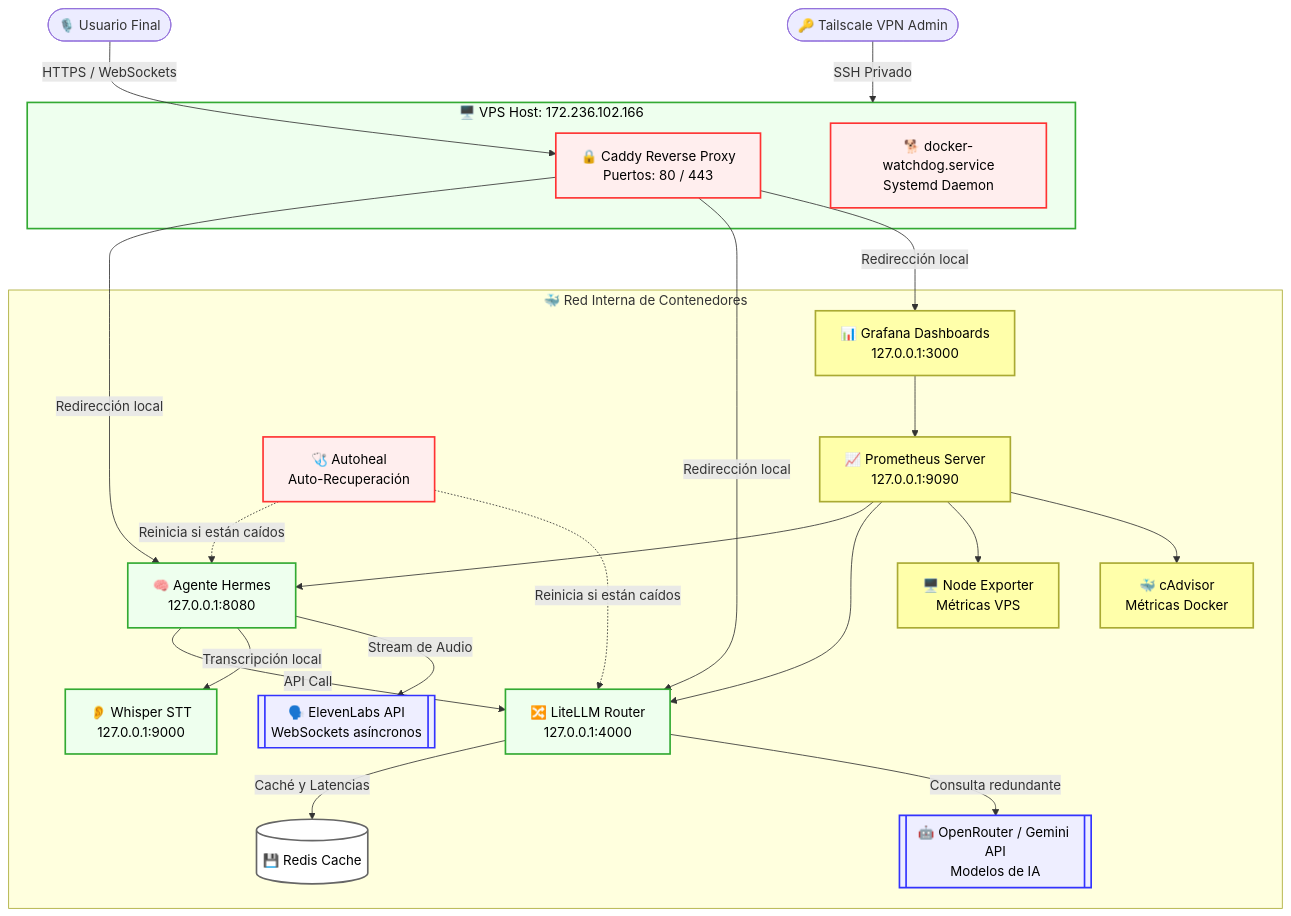
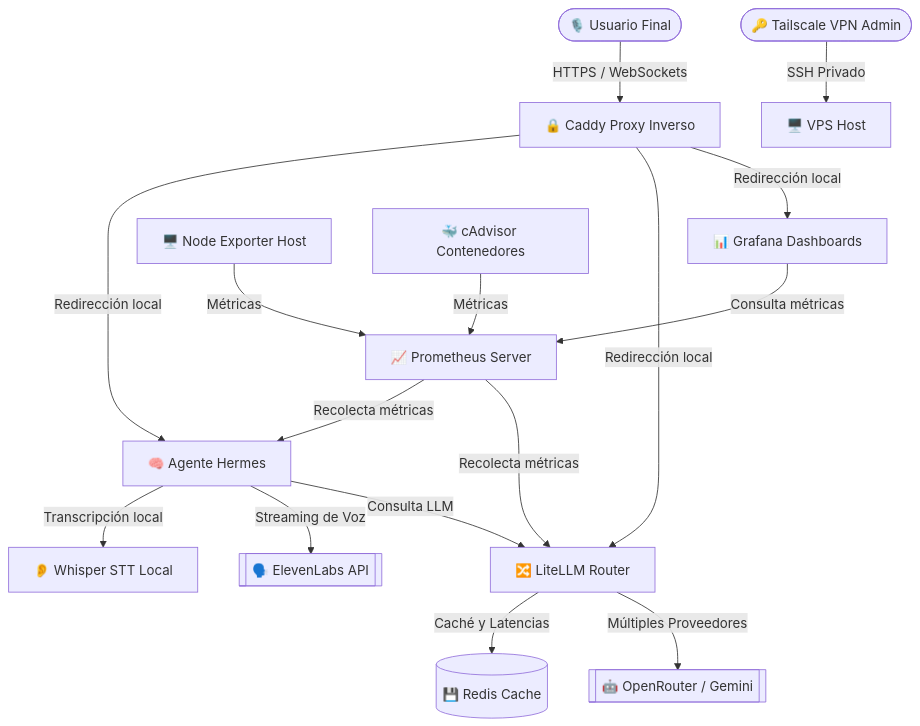
One commit to erikjosehrnndz-crypto/hermes-stack changed the first of 2 diagrams in README.md. Above: the diagram before and after it, drawn with Mermaid. The commit also changed other lines of this file, not shown here.

Commit message:
Docs: Correct flowchart layout and fix absolute local links to repository relative links

````diff
--- a/README.md
+++ b/README.md
@@ -25,57 +25,26 @@
 ```mermaid
-flowchart TB
-    %% Definición de Estilos
-    classDef client fill:#eef,stroke:#33f,stroke-width:2px,color:#000;
-    classDef security fill:#fee,stroke:#f33,stroke-width:2px,color:#000;
-    classDef internal fill:#efe,stroke:#3a3,stroke-width:2px,color:#000;
-    classDef storage fill:#fff,stroke:#666,stroke-width:2px,color:#000;
-    classDef monitoring fill:#ffa,stroke:#aa3,stroke-width:2px,color:#000;
+flowchart TD
+    %% Elementos de Entrada
+    User([🎙️ Usuario Final]) -- HTTPS / WebSockets --> Caddy[🔒 Caddy Proxy Inverso]
+    VPN([🔑 Tailscale VPN Admin]) -- SSH Privado --> Host[🖥️ VPS Host]
 
-    %% Elementos Externos
-    User([🎙️ Usuario Final]) -- HTTPS / WebSockets --> Caddy:::security
-    VPN([🔑 Tailscale VPN Admin]) -- SSH Privado --> Host:::security
+    %% Flujos del Proxy Inverso
+    Caddy -- Redirección local --> Hermes[🧠 Agente Hermes]
+    Caddy -- Redirección local --> LiteLLM[🔀 LiteLLM Router]
+    Caddy -- Redirección local --> Grafana[📊 Grafana Dashboards]
 
-    %% Servidor VPS
-    subgraph Host [🖥️ VPS Host: 172.236.102.166]
-        Caddy[🔒 Caddy Reverse Proxy\nPuertos: 80 / 443]:::security
-        Watchdog[🐕 docker-watchdog.service\nSystemd Daemon]:::security
-    end
+    %% Flujos de Ejecución Core
+    Hermes -- Transcripción local --> Whisper[👂 Whisper STT Local]
+    Hermes -- Streaming de Voz --> ElevenLabs[[🗣️ ElevenLabs API]]
+    Hermes -- Consulta LLM --> LiteLLM
 
-    %% Capa Docker (Redes backend y monitoring)
-    subgraph DockerNet [🐳 Red Interna de Contenedores]
-        %% Servicios Core
-        Hermes[🧠 Agente Hermes\n127.0.0.1:8080]:::internal
-        Whisper[👂 Whisper STT\n127.0.0.1:9000]:::internal
-        LiteLLM[🔀 LiteLLM Router\n127.0.0.1:4000]:::internal
-        Redis[(💾 Redis Cache)]:::storage
-        
-        %% Conexiones Externas de Contenedores
-        ElevenLabs[[🗣️ ElevenLabs API\nWebSockets asíncronos]]:::client
-        LLMProviders[[🤖 OpenRouter / Gemini API\nModelos de IA]]:::client
-        
-        %% Capa de Monitoreo
-        Prometheus[📈 Prometheus Server\n127.0.0.1:9090]:::monitoring
-        Grafana[📊 Grafana Dashboards\n127.0.0.1:3000]:::monitoring
-        cAdvisor[🐳 cAdvisor\nMétricas Docker]:::monitoring
-        NodeExporter[🖥️ Node Exporter\nMétricas VPS]:::monitoring
-        Autoheal[🩺 Autoheal\nAuto-Recuperación]:::security
-    end
+    %% Flujos del Enrutador
+    LiteLLM -- Caché y Latencias --> Redis[(💾 Redis Cache)]
+    LiteLLM -- Múltiples Proveedores --> IA[[🤖 OpenRouter / Gemini]]
 
-    %% Flujos de Red
-    Caddy -- Redirección local --> Hermes
-    Caddy -- Redirección local --> LiteLLM
-    Caddy -- Redirección local --> Grafana
-    
-    Hermes -- API Call --> LiteLLM
-    Hermes -- Transcripción local --> Whisper
-    Hermes -- Stream de Audio --> ElevenLabs
-    
-    LiteLLM -- Caché y Latencias --> Redis
-    LiteLLM -- Consulta redundante --> LLMProviders
-    
-    Prometheus --> Hermes & LiteLLM & NodeExporter & cAdvisor
-    Grafana --> Prometheus
-    Autoheal -. Reinicia si están caídos .-> Hermes & LiteLLM
-
-    class Host internal;
+    %% Flujos de Monitoreo
+    Prometheus[📈 Prometheus Server] -- Recolecta métricas --> Hermes & LiteLLM
+    NodeExporter[🖥️ Node Exporter Host] -- Métricas --> Prometheus
+    cAdvisor[🐳 cAdvisor Contenedores] -- Métricas --> Prometheus
+    Grafana -- Consulta métricas --> Prometheus
 ```
````
